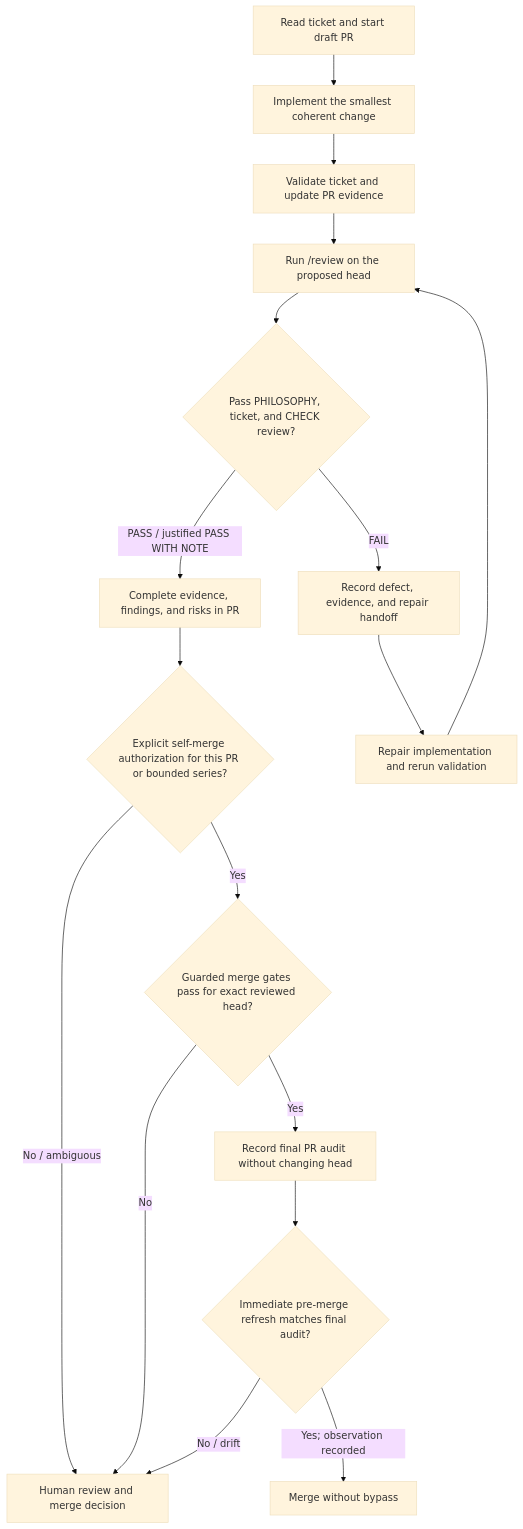
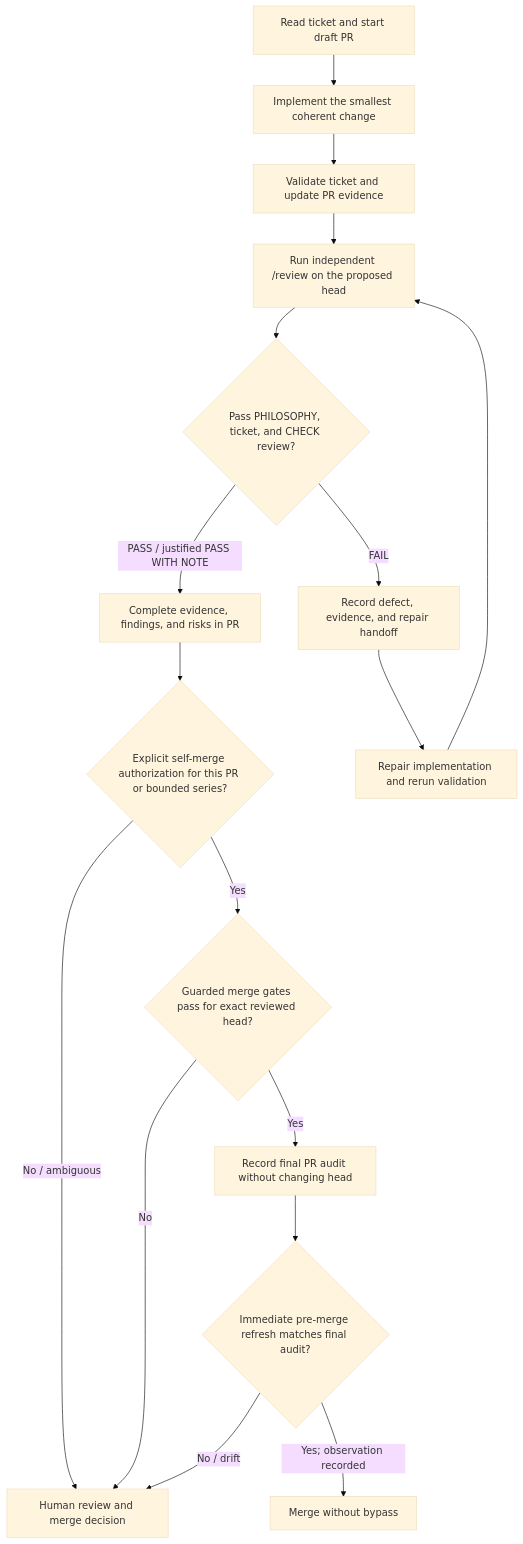
Before and after one commit to Ayumu-J-S/llm_scratch: the diagram in docs/agent-model-workflow.md, drawn with Mermaid (base theme). The commit also changed other lines of this file and 6 other files, not shown here.

Commit message:
docs: restore independent review gates

````diff
--- a/docs/agent-model-workflow.md
+++ b/docs/agent-model-workflow.md
@@ -60,19 +61,19 @@
 ```mermaid
 flowchart TD
     A["Read ticket and start draft PR"] --> B["Implement the smallest coherent change"]
     B --> C["Validate ticket and update PR evidence"]
-    C --> D["Run /review on the proposed head"]
+    C --> D["Run independent /review on the proposed head"]
     D --> E{"Pass PHILOSOPHY, ticket, and CHECK review?"}
     E -->|"PASS / justified PASS WITH NOTE"| F["Complete evidence, findings, and risks in PR"]
     E -->|"FAIL"| G["Record defect, evidence, and repair handoff"]
     G --> H["Repair implementation and rerun validation"]
     H --> D
     F --> I{"Explicit self-merge authorization for this PR or bounded series?"}
     I -->|"No / ambiguous"| J["Human review and merge decision"]
     I -->|"Yes"| K{"Guarded merge gates pass for exact reviewed head?"}
     K -->|"No"| J
     K -->|"Yes"| L["Record final PR audit without changing head"]
     L --> M{"Immediate pre-merge refresh matches final audit?"}
     M -->|"No / drift"| J
     M -->|"Yes; observation recorded"| N["Merge without bypass"]
 ```
````
